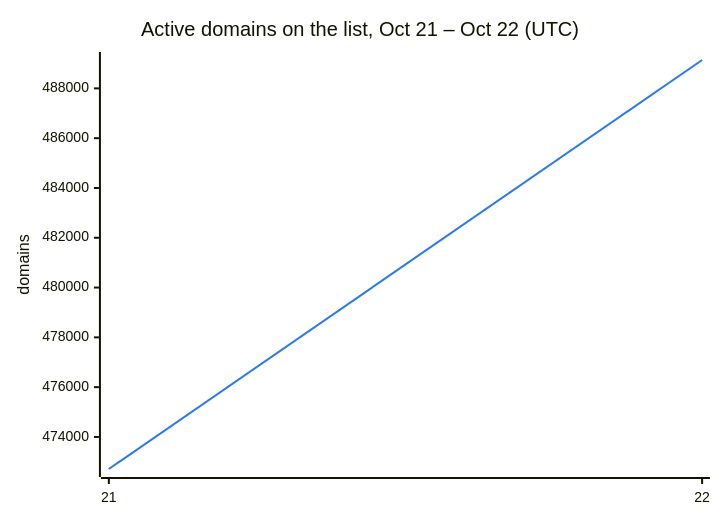
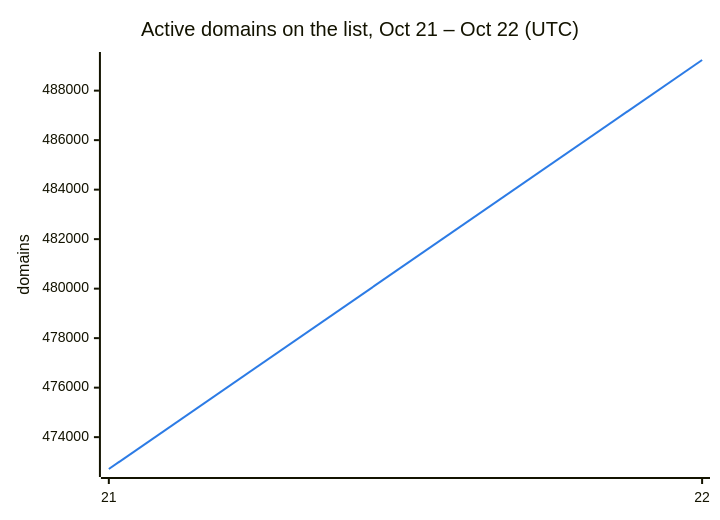
The second of 3 diagrams in README.md (DNSBunker/CTI), drawn with Mermaid before and after one commit. The commit also changed other lines of this file and 3 other files, not shown here.

````diff
--- a/README.md
+++ b/README.md
@@ -38,8 +38,8 @@
 ```mermaid
 %%{init: {"themeVariables": {"xyChart": {"plotColorPalette": "#2c7be5"}}}}%%
 xychart-beta
     title "Active domains on the list, Oct 21 – Oct 22 (UTC)"
     x-axis ["21", "22"]
     y-axis "domains"
-    line [472713, 489140]
+    line [472713, 489238]
 ```
````
